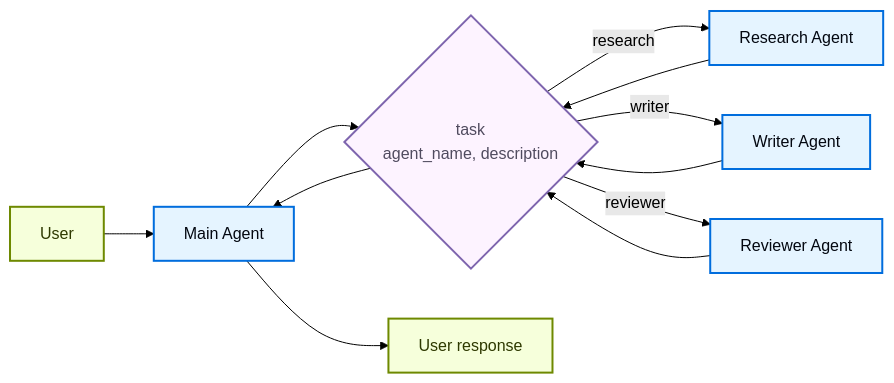
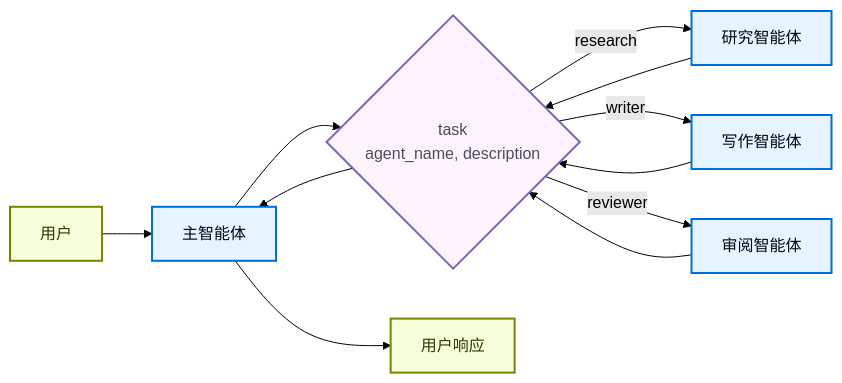
One commit to CodeFly16/langchain-cn-doc changed the fifth of 5 diagrams in oss/python/langchain/multi-agent/subagents.mdx. Above: the diagram before and after it, drawn with Mermaid (forest theme). The commit also changed other lines of this file and 106 other files, not shown here.

````diff
--- a/oss/python/langchain/multi-agent/subagents.mdx
+++ b/oss/python/langchain/multi-agent/subagents.mdx
@@ -234,21 +234,21 @@
 ```mermaid
 graph LR
-    A[User] --> B[Main Agent]
+    A[用户] --> B[主智能体]
     B --> C{task<br/>agent_name, description}
-    C -->|research| D[Research Agent]
-    C -->|writer| E[Writer Agent]
-    C -->|reviewer| F[Reviewer Agent]
+    C -->|research| D[研究智能体]
+    C -->|writer| E[写作智能体]
+    C -->|reviewer| F[审阅智能体]
     D --> C
     E --> C
     F --> C
     C --> B
-    B --> G[User response]
+    B --> G[用户响应]
 
     classDef trigger fill:#F6FFDB,stroke:#6E8900,stroke-width:2px,color:#2E3900
     classDef process fill:#E5F4FF,stroke:#006DDD,stroke-width:2px,color:#030710
     classDef decision fill:#FDF3FF,stroke:#7E65AE,stroke-width:2px,color:#504B5F
 
     class A,G trigger
     class B,D,E,F process
     class C decision
 ```
````
